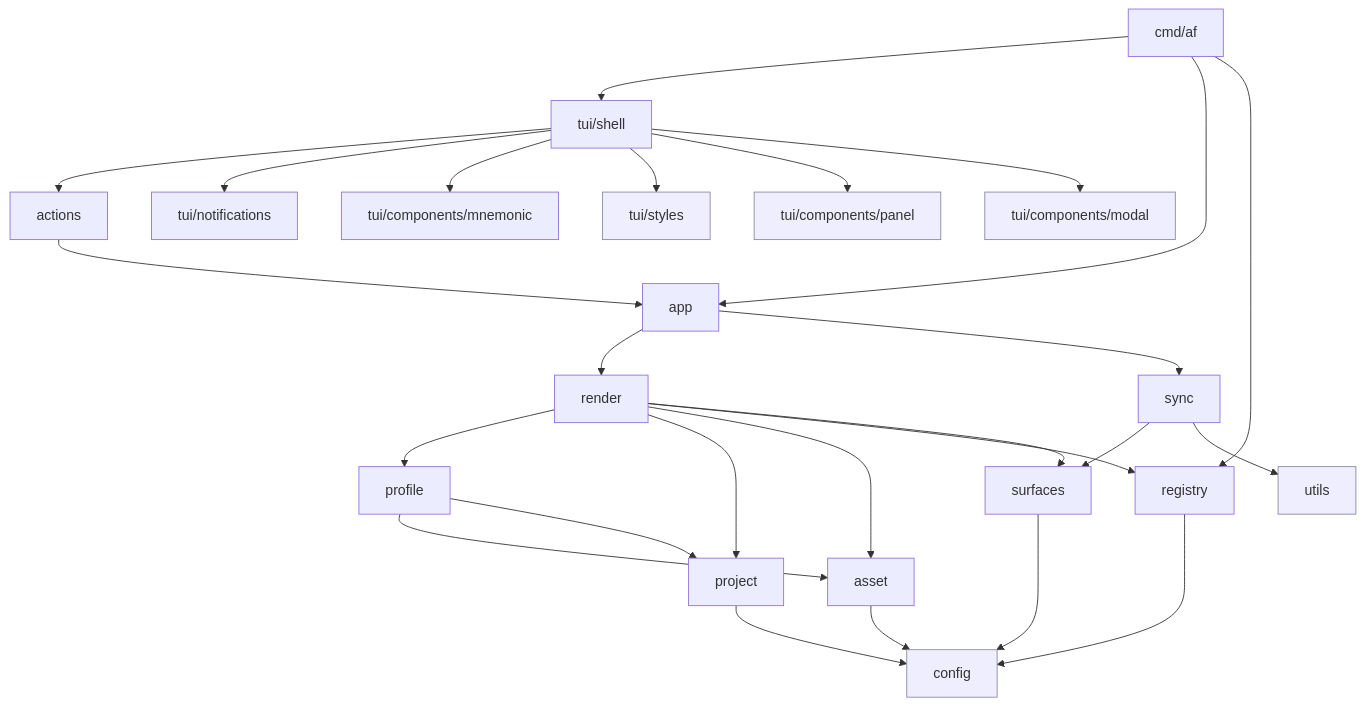
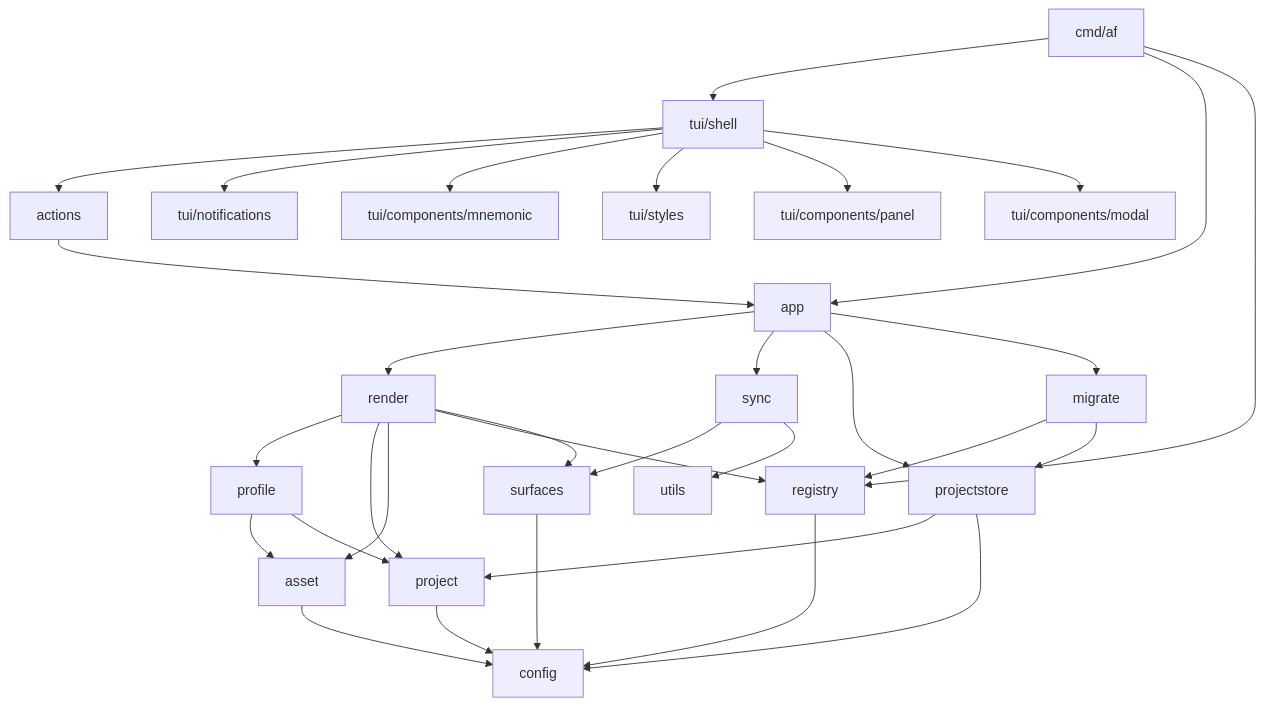
The diagram in docs/architecture/05-building-block-view.md (Hexworks/agentfiles), drawn with Mermaid before and after one commit. The commit also changed other lines of this file and 30 other files, not shown here.

````diff
--- a/docs/architecture/05-building-block-view.md
+++ b/docs/architecture/05-building-block-view.md
@@ -8,31 +8,37 @@
 ```mermaid
 flowchart TD
     cmdaf["cmd/af"] --> tui_shell["tui/shell"]
     cmdaf --> app
     cmdaf --> registry
     tui_shell --> actions
     tui_shell --> tui_notifications["tui/notifications"]
     tui_shell --> tui_mnemonic["tui/components/mnemonic"]
     tui_shell --> tui_styles["tui/styles"]
     tui_shell --> tui_components_panel["tui/components/panel"]
     actions --> app
     app --> render
     app --> sync
+    app --> projectstore
+    app --> migrate
     render --> profile
     render --> project
     render --> asset
     render --> registry
     render --> surfaces
     sync --> surfaces
     sync --> utils
     profile --> asset
     profile --> project
+    projectstore --> project
+    projectstore --> config
+    migrate --> registry
+    migrate --> projectstore
     asset --> config
     project --> config
     registry --> config
     surfaces --> config
     tui_shell --> tui_components_modal["tui/components/modal"]
 
     classDef leaf fill:#eef,stroke:#88a;
     class config,errs,utils,tui_components_modal,tui_styles,tui_components_panel leaf;
 ```
````
